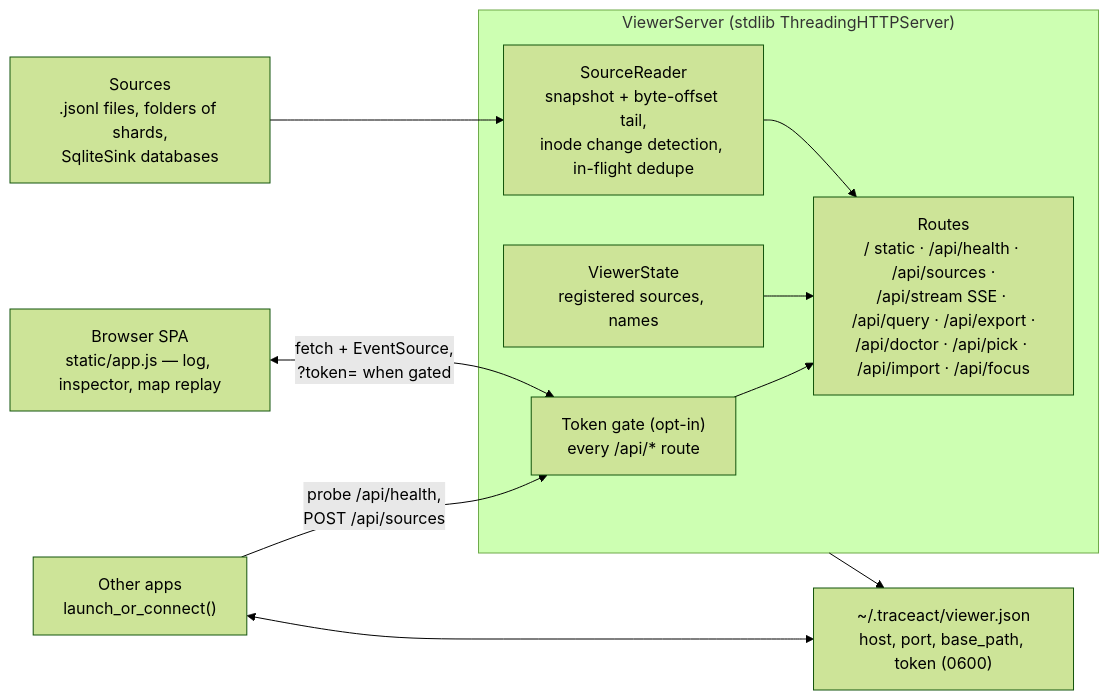
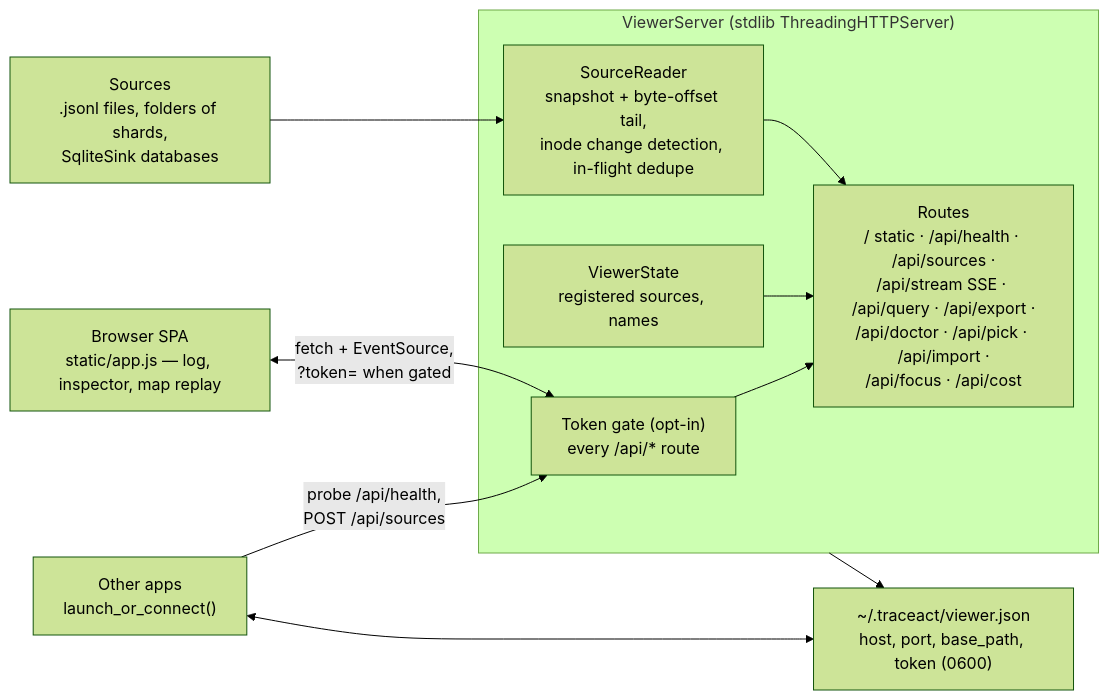
Before and after one commit to traceact/traceact: the second of 2 diagrams in ARCHITECTURE.md, drawn with Mermaid (forest theme). The commit also changed other lines of this file and 23 other files, not shown here.

Commit message:
v1.1.0: outbound network guard, viewer cost estimates via rates, POST body caps, auto-token for non-loopback focus hooks; fixed launch_or_connect token recovery and map text overflow

````diff
--- a/ARCHITECTURE.md
+++ b/ARCHITECTURE.md
@@ -62,24 +62,24 @@
 ```mermaid
 flowchart LR
     files["Sources<br/>.jsonl files, folders of shards,<br/>SqliteSink databases"]
 
     subgraph server ["ViewerServer (stdlib ThreadingHTTPServer)"]
         gate["Token gate (opt-in)<br/>every /api/* route"]
-        routes["Routes<br/>/ static · /api/health · /api/sources ·<br/>/api/stream SSE · /api/query · /api/export ·<br/>/api/doctor · /api/pick · /api/import · /api/focus"]
+        routes["Routes<br/>/ static · /api/health · /api/sources ·<br/>/api/stream SSE · /api/query · /api/export ·<br/>/api/doctor · /api/pick · /api/import ·<br/>/api/focus · /api/cost"]
         state["ViewerState<br/>registered sources, names"]
         reader["SourceReader<br/>snapshot + byte-offset tail,<br/>inode change detection, in-flight dedupe"]
     end
 
     browser["Browser SPA<br/>static/app.js — log, inspector, map replay"]
     statefile["~/.traceact/viewer.json<br/>host, port, base_path, token (0600)"]
     apps["Other apps<br/>launch_or_connect()"]
 
     files --> reader
     reader --> routes
     state --> routes
     gate --> routes
     browser <-->|"fetch + EventSource,<br/>?token= when gated"| gate
     apps -->|"probe /api/health,<br/>POST /api/sources"| gate
     apps <--> statefile
     server --> statefile
 ```
````
